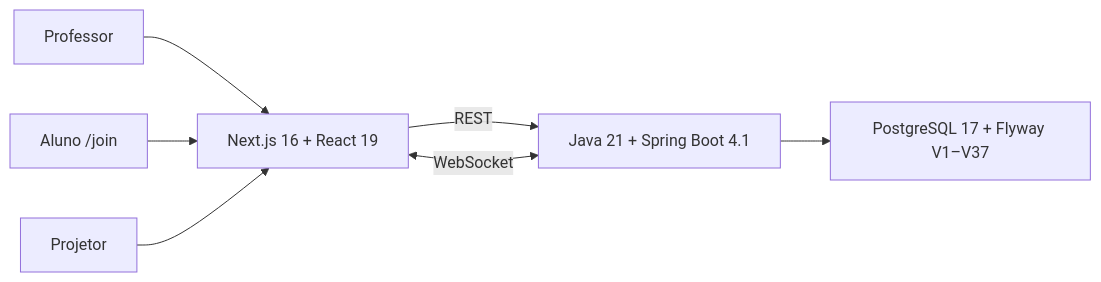
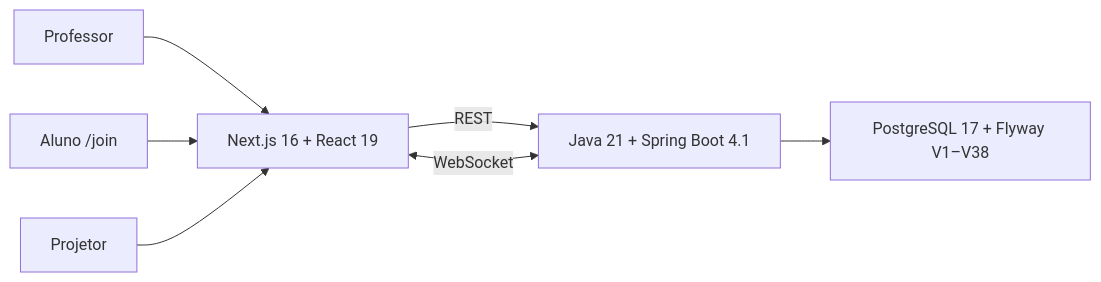
One commit to wesscosta/arena-dev changed the diagram in README.md. Above: the diagram before and after it, drawn with Mermaid. The commit also changed other lines of this file and 49 other files, not shown here.

````diff
--- a/README.md
+++ b/README.md
@@ -114,9 +114,9 @@
 ```mermaid
 flowchart LR
     T["Professor"] --> F["Next.js 16 + React 19"]
     S["Aluno /join"] --> F
     P["Projetor"] --> F
     F -->|"REST"| B["Java 21 + Spring Boot 4.1"]
     F <-->|"WebSocket"| B
-    B --> D["PostgreSQL 17 + Flyway V1–V37"]
+    B --> D["PostgreSQL 17 + Flyway V1–V38"]
 ```
````
